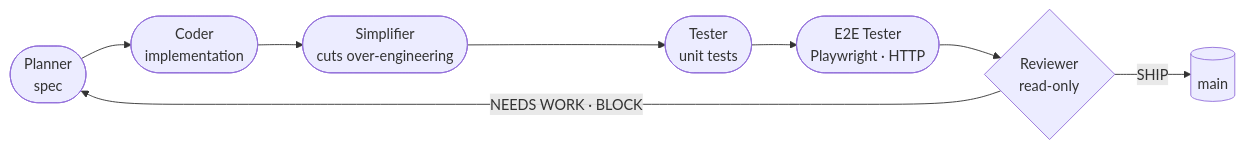
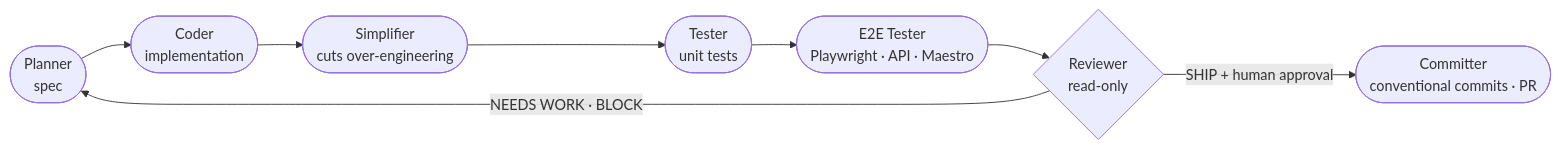
Before and after one commit to Carloscavalcante97/Carloscavalcante97: the diagram in README.md, drawn with Mermaid. The commit also changed other lines of this file, not shown here.

````diff
--- a/README.md
+++ b/README.md
@@ -76,10 +76,10 @@
 ```mermaid
 flowchart LR
     P([Planner<br/>spec]) --> C([Coder<br/>implementation])
     C --> S([Simplifier<br/>cuts over-engineering])
     S --> T([Tester<br/>unit tests])
-    T --> E([E2E Tester<br/>Playwright · HTTP])
+    T --> E([E2E Tester<br/>Playwright · API · Maestro])
     E --> R{Reviewer<br/>read-only}
-    R -- SHIP --> M[(main)]
+    R -- SHIP + human approval --> K([Committer<br/>conventional commits · PR])
     R -- NEEDS WORK · BLOCK --> P
 ```
````
